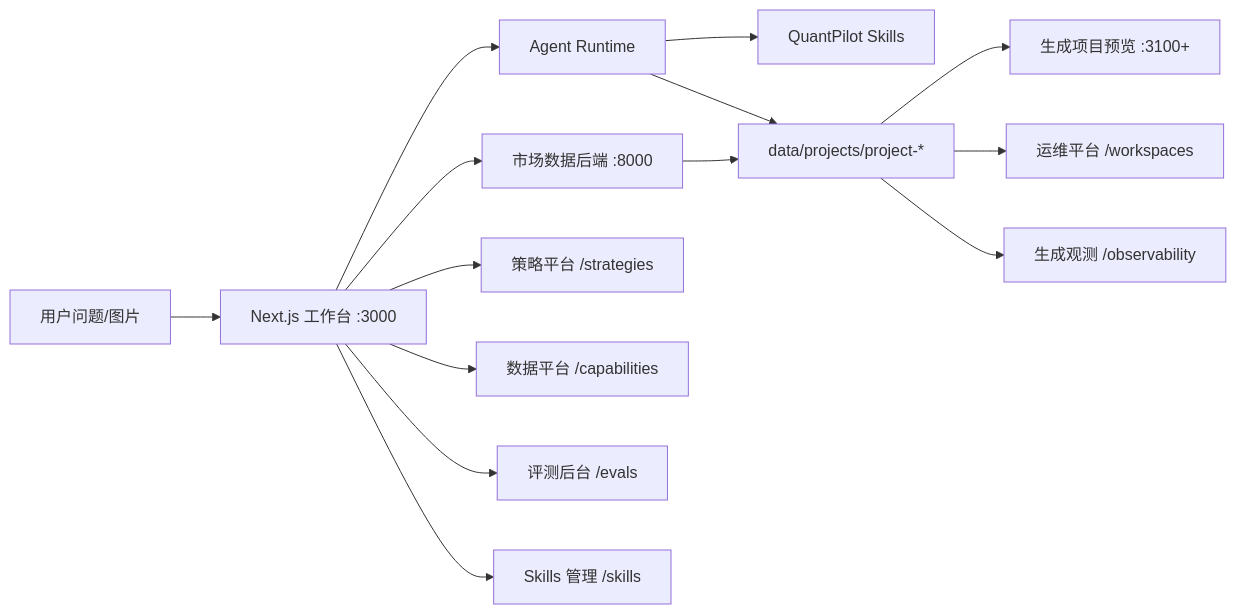
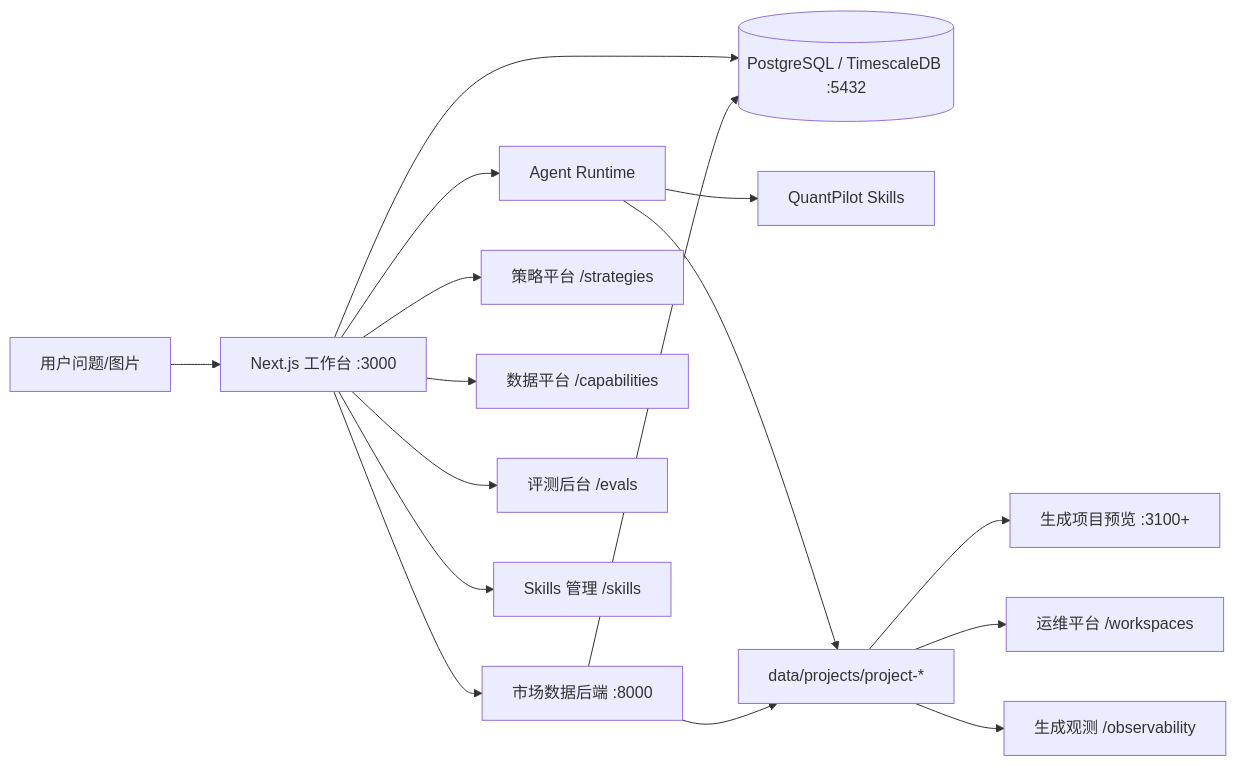
The diagram in docs/architecture.md (xbzz1018/SignalForge), drawn with Mermaid before and after one commit. The commit also changed other lines of this file and 270 other files, not shown here.

````diff
--- a/docs/architecture.md
+++ b/docs/architecture.md
@@ -5,16 +5,18 @@
 ```mermaid
 flowchart LR
   U[用户问题/图片] --> W[Next.js 工作台 :3000]
+  W --> DB[(PostgreSQL / TimescaleDB :5432)]
   W --> R[Agent Runtime]
   R --> S[QuantPilot Skills]
   W --> M[市场数据后端 :8000]
+  M --> DB
   R --> P[data/projects/project-*]
   M --> P
   P --> V[生成项目预览 :3100+]
   P --> H[运维平台 /workspaces]
   P --> O[生成观测 /observability]
   W --> T[策略平台 /strategies]
   W --> C[数据平台 /capabilities]
   W --> E[评测后台 /evals]
   W --> A[Skills 管理 /skills]
 ```
````
